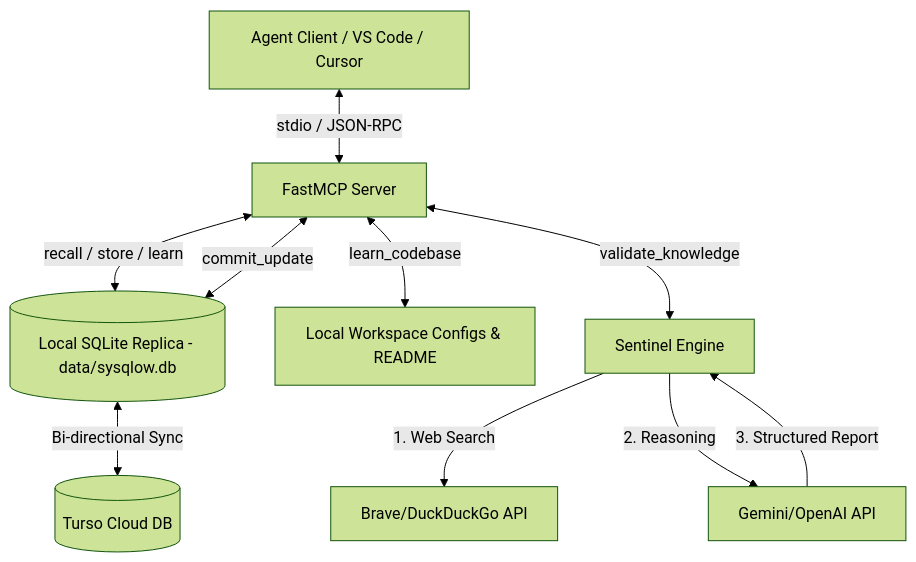
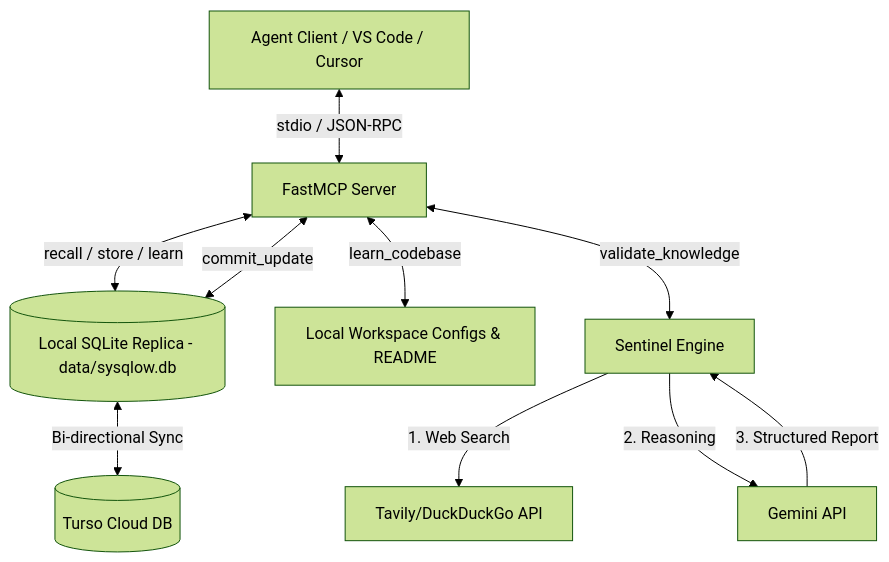
The diagram in README.md (barayuda/sysqlow-mcp), drawn with Mermaid (forest theme) before and after one commit. The commit also changed other lines of this file and 30 other files, not shown here.

````diff
--- a/README.md
+++ b/README.md
@@ -28,12 +28,12 @@
 ```mermaid
 graph TD
     A[Agent Client / VS Code / Cursor] <-->|stdio / JSON-RPC| B[FastMCP Server]
     B <-->|recall / store / learn| C[(Local SQLite Replica - data/sysqlow.db)]
     C <-->|Bi-directional Sync| D[(Turso Cloud DB)]
     B <-->|learn_codebase| H[Local Workspace Configs & README]
     B <-->|validate_knowledge| E[Sentinel Engine]
-    E -->|1. Web Search| F[Brave/DuckDuckGo API]
-    E -->|2. Reasoning| G[Gemini/OpenAI API]
+    E -->|1. Web Search| F[Tavily/DuckDuckGo API]
+    E -->|2. Reasoning| G[Gemini API]
     G -->|3. Structured Report| E
     B <-->|commit_update| C
 ```
````
